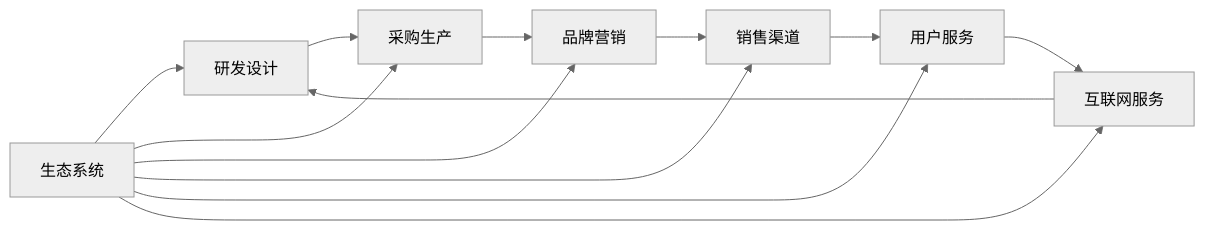
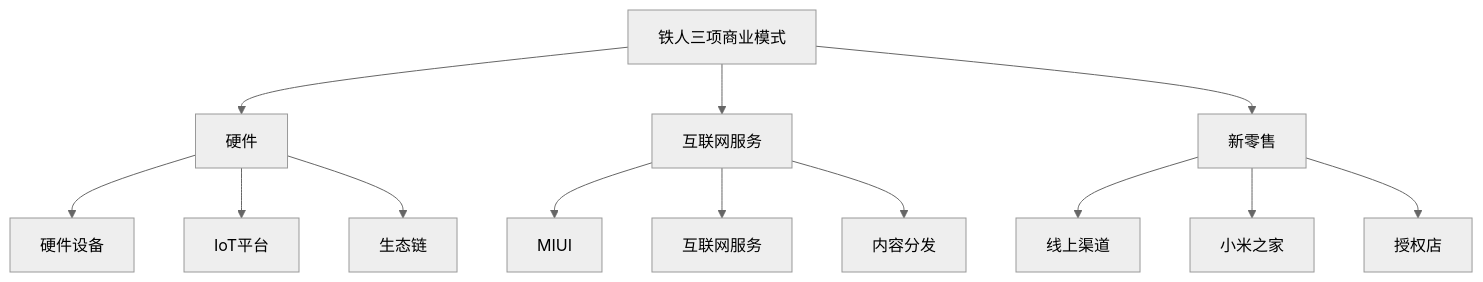
The diagram in src/site/notes/知识共享/002_商业分析/03_案例/02_公司案例/小米的商业模式演变.md (amcoimg/my-digital-garden), drawn with Mermaid (neutral theme) before and after one commit. The commit also changed other lines of this file and 3 other files, not shown here.

````diff
--- a/src/site/notes/知识共享/002_商业分析/03_案例/02_公司案例/小米的商业模式演变.md
+++ b/src/site/notes/知识共享/002_商业分析/03_案例/02_公司案例/小米的商业模式演变.md
@@ -352,15 +51,18 @@
 ```mermaid
-graph LR
-    A[研发设计] --> B[采购生产]
-    B --> C[品牌营销]
-    C --> D[销售渠道]
-    D --> E[用户服务]
-    E --> F[互联网服务]
-    F --> A
-    G[生态系统] --> A
-    G --> B
-    G --> C
-    G --> D
-    G --> E
-    G --> F
+graph TD
+    A[铁人三项商业模式] --> B[硬件]
+    A --> C[互联网服务]
+    A --> D[新零售]
+    
+    B --> B1[硬件设备]
+    B --> B2[IoT平台]
+    B --> B3[生态链]
+    
+    C --> C1[MIUI]
+    C --> C2[互联网服务]
+    C --> C3[内容分发]
+    
+    D --> D1[线上渠道]
+    D --> D2[小米之家]
+    D --> D3[授权店]
 ```
````
